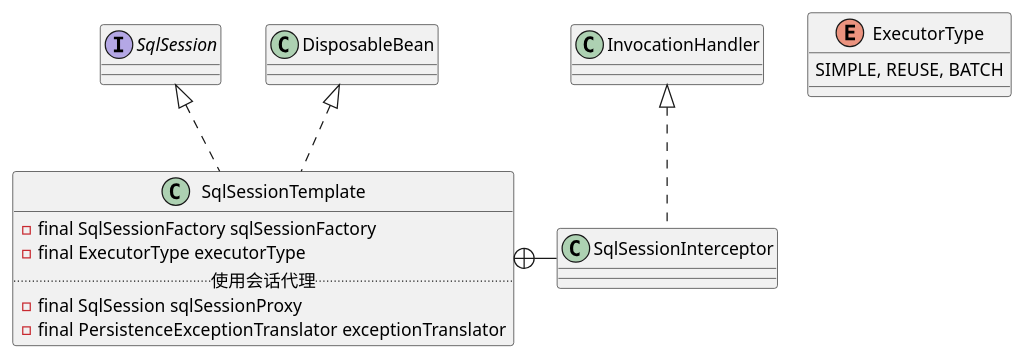
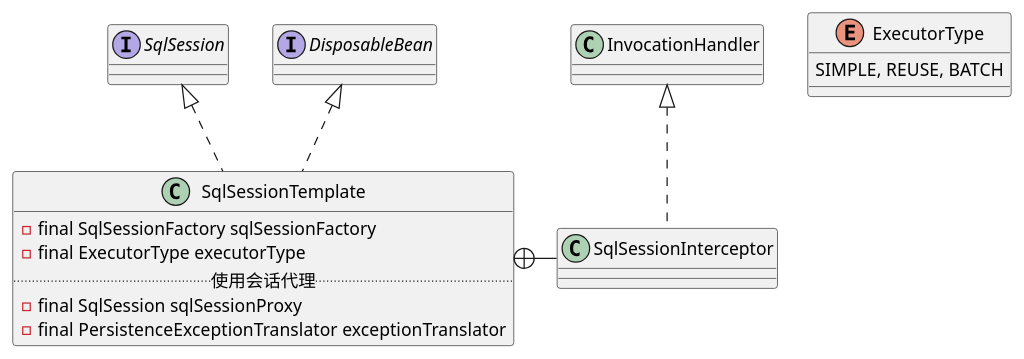
The diagram in 20-framework/src/mybatis/mybatis-spring/SqlSessionTemplate.md (onlyonion/development), drawn with PlantUML before and after one commit. The commit also changed other lines of this file and 8 other files, not shown here.

````diff
--- a/20-framework/src/mybatis/mybatis-spring/SqlSessionTemplate.md
+++ b/20-framework/src/mybatis/mybatis-spring/SqlSessionTemplate.md
@@ -3,22 +4,31 @@
+```plantuml
 @startuml
 
 interface SqlSession
+interface DisposableBean
 
 class SqlSessionTemplate {
     - final SqlSessionFactory sqlSessionFactory
     - final ExecutorType executorType
     .. 使用会话代理 ..
     - final SqlSession sqlSessionProxy
     - final PersistenceExceptionTranslator exceptionTranslator
 }
 
 SqlSession <|.. SqlSessionTemplate
 DisposableBean <|.. SqlSessionTemplate
 
+
+class SqlSessionInterceptor {
+
+}
+
 InvocationHandler <|.. SqlSessionInterceptor
 SqlSessionTemplate +- SqlSessionInterceptor
 
 enum ExecutorType {
   SIMPLE, REUSE, BATCH
 }
+
 @enduml
+```
````
